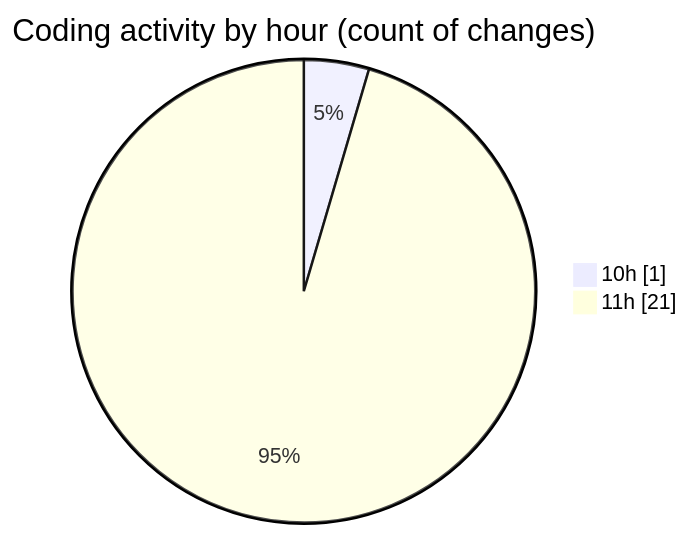
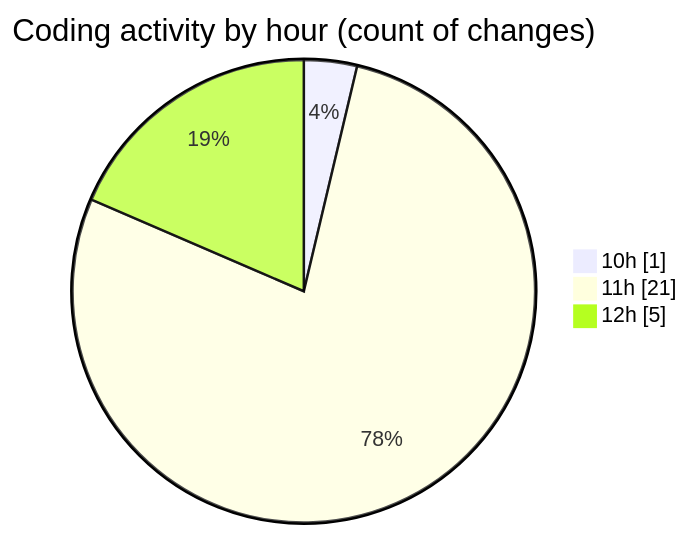
Before and after one commit to nxtqubesakshisongat/code-tracking: the second of 2 diagrams in 2025-06-26/nxtqube_webapp/README.md, drawn with Mermaid. The commit also changed other lines of this file and 1 other file, not shown here.

````diff
--- a/2025-06-26/nxtqube_webapp/README.md
+++ b/2025-06-26/nxtqube_webapp/README.md
@@ -28,6 +28,7 @@
 ```mermaid
 pie showData
 title Coding activity by hour (count of changes)
 "10h" : 1
 "11h" : 21
+"12h" : 5
 ```
````
